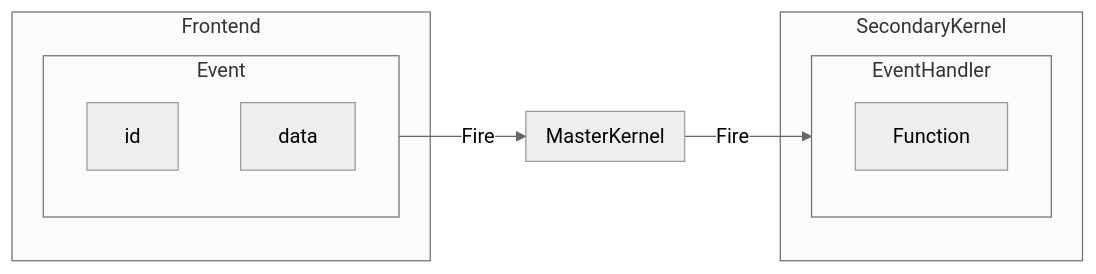
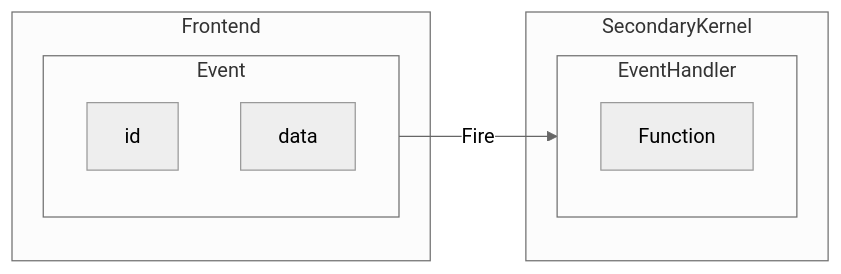
The second of 3 diagrams in docs/frontend/Evaluation/Dynamic.md (JerryI/wljs-docs), drawn with Mermaid (neutral theme) before and after one commit. The commit also changed other lines of this file and 395 other files, not shown here.

````diff
--- a/docs/frontend/Evaluation/Dynamic.md
+++ b/docs/frontend/Evaluation/Dynamic.md
@@ -42,23 +45,20 @@
 ```mermaid
 flowchart LR
 
 subgraph Frontend
 subgraph Event1["Event"]
 	id1["id"]
 	data1["data"]
 end
 end
 
-subgraph MasterKernel
-
-end
 
 subgraph SecondaryKernel
 subgraph EventHandler
 	Function
 end
 end
 
-Event1--Fire-->MasterKernel--Fire-->EventHandler
+Event1--Fire-->EventHandler
 
 ```
````
